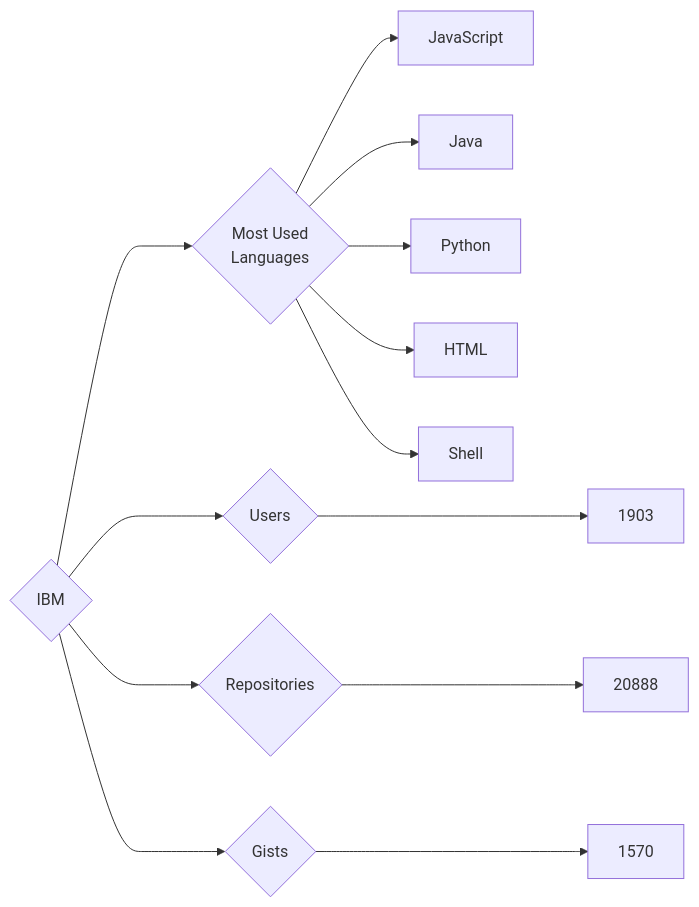
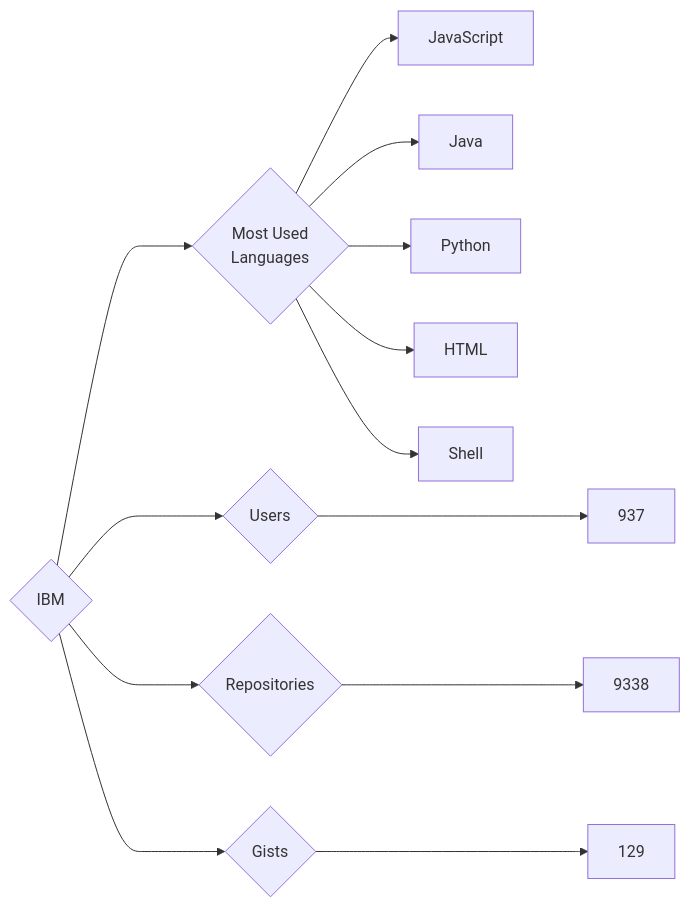
Before and after one commit to trickest/insiders: the diagram in targets/IBM/README.md, drawn with Mermaid. The commit also changed 1238 other files, not shown here.

````diff
--- a/targets/IBM/README.md
+++ b/targets/IBM/README.md
@@ -3,13 +3,13 @@
 ```mermaid
 graph LR
 COMPANY_NAME{IBM}
-COMPANY_NAME ---> U{Users} ---> UN[1903]
-COMPANY_NAME ---> R{Repositories} ---> RN[20888]
-COMPANY_NAME ---> G{Gists} ---> GN[1570]
+COMPANY_NAME ---> U{Users} ---> UN[937]
+COMPANY_NAME ---> R{Repositories} ---> RN[9338]
+COMPANY_NAME ---> G{Gists} ---> GN[129]
 COMPANY_NAME ---> ML{Most Used<br>Languages}
 ML --> JavaScript[JavaScript]
 ML --> Java[Java]
 ML --> Python[Python]
 ML --> HTML[HTML]
 ML --> Shell[Shell]
 ```
````
